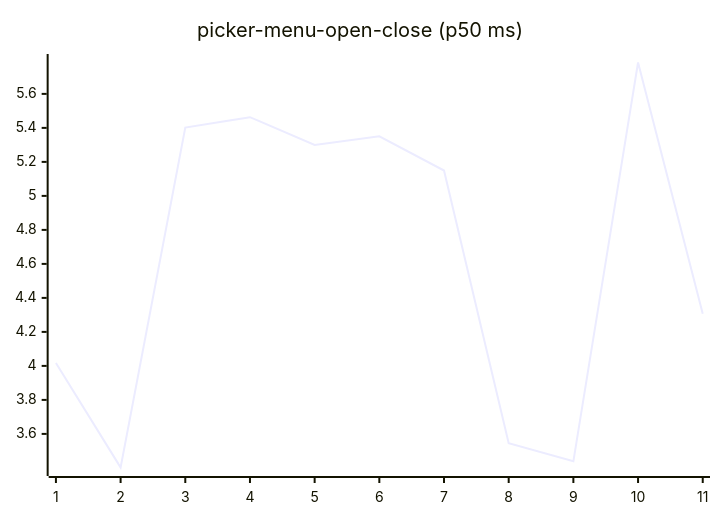
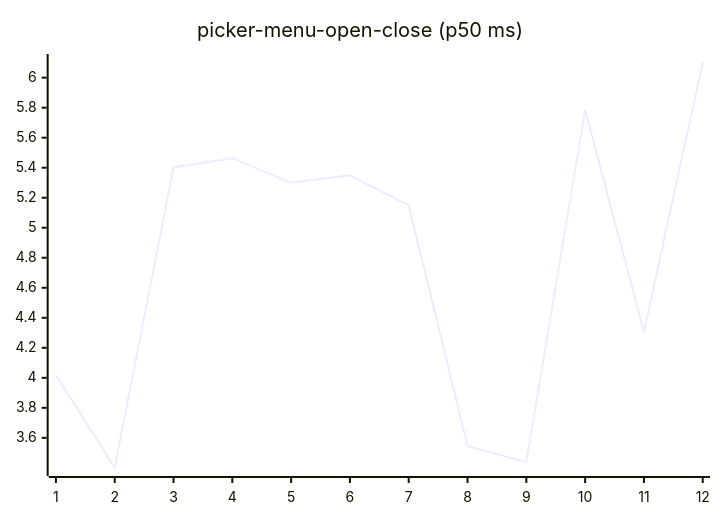
One commit to josha/Facet changed diagram 16 of 27 in README.md. Above: the diagram before and after it, drawn with Mermaid. The commit also changed other lines of this file and 2 other files, not shown here.

````diff
--- a/README.md
+++ b/README.md
@@ -168,6 +168,6 @@
 ```mermaid
 xychart-beta
     title "picker-menu-open-close (p50 ms)"
-    x-axis 1 --> 11
-    line [4.0174, 3.4024, 5.4017, 5.4631, 5.2994, 5.3502, 5.1493, 3.5447, 3.4388, 5.7846, 4.3066]
+    x-axis 1 --> 12
+    line [4.0174, 3.4024, 5.4017, 5.4631, 5.2994, 5.3502, 5.1493, 3.5447, 3.4388, 5.7846, 4.3066, 6.1012]
 ```
````
